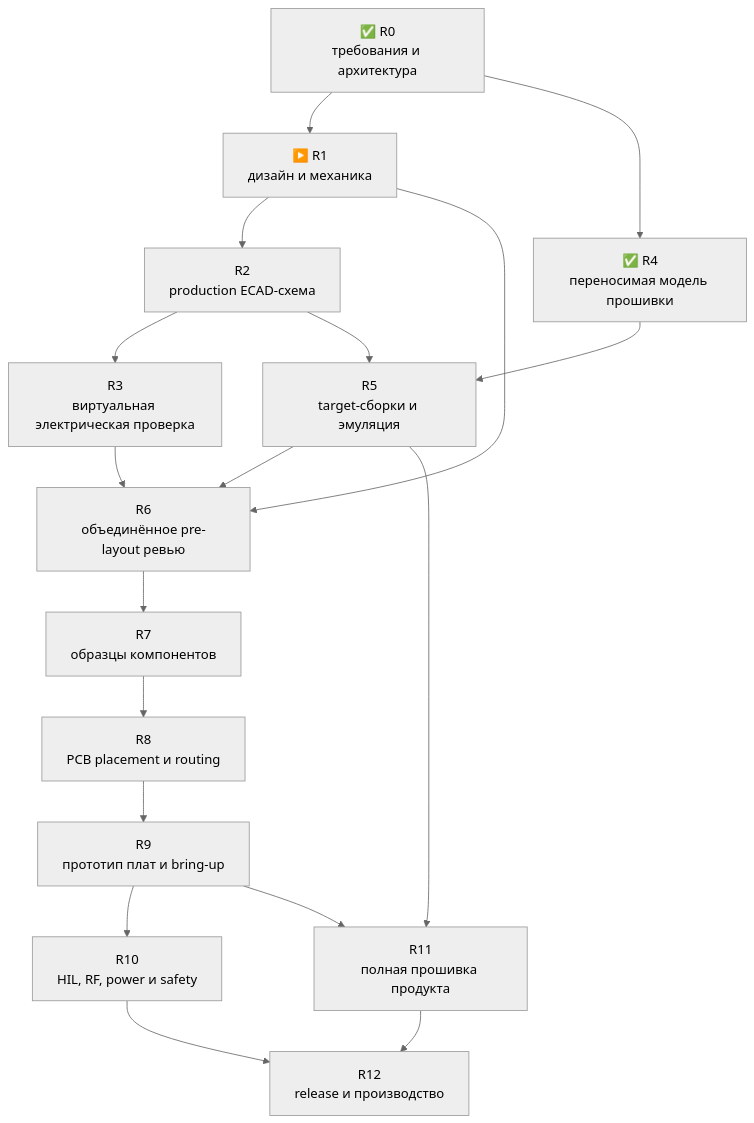
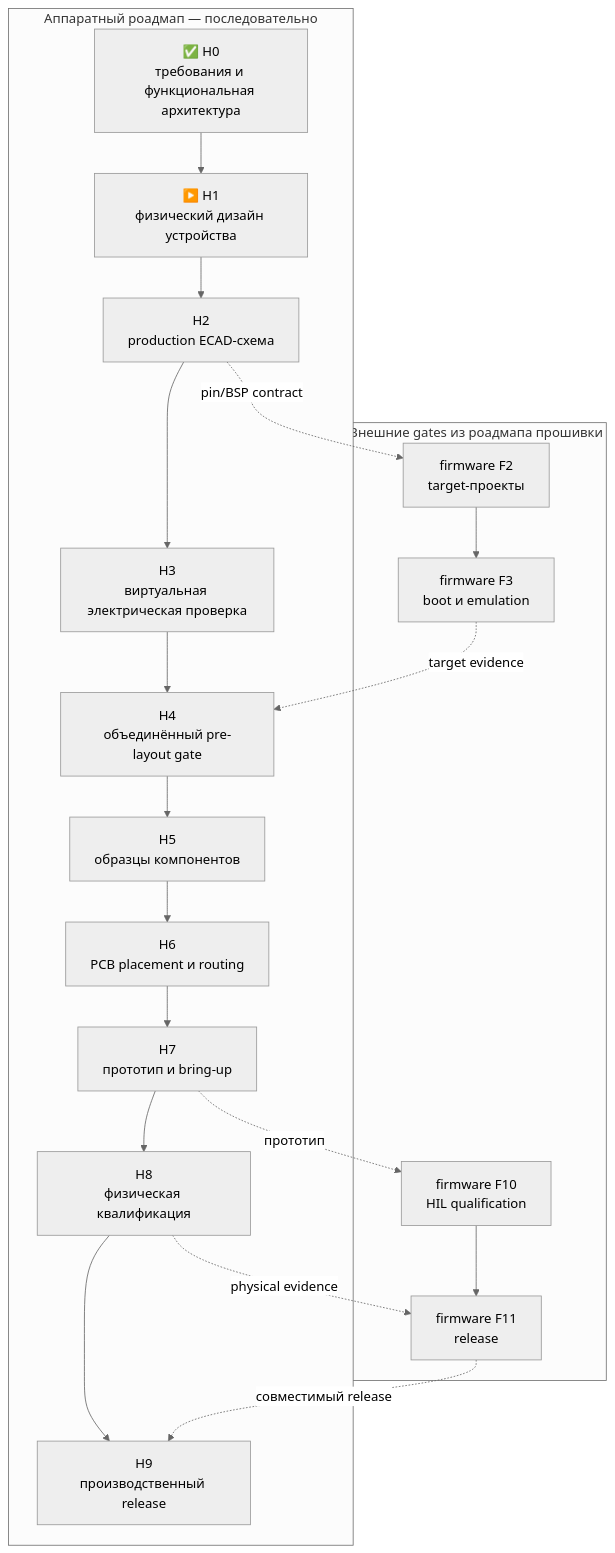
The diagram in docs/roadmap.ru.md (anton-vinogradov/esp32-leshy2), drawn with Mermaid (neutral theme) before and after one commit. The commit also changed other lines of this file and 4 other files, not shown here.

Commit message:
Make hardware roadmap strictly sequential

````diff
--- a/docs/roadmap.ru.md
+++ b/docs/roadmap.ru.md
@@ -44,24 +44,31 @@
 ```mermaid
 flowchart TD
-  R0["✅ R0<br/>требования и архитектура"]
-  R1["▶️ R1<br/>дизайн и механика"]
-  R2["R2<br/>production ECAD-схема"]
-  R3["R3<br/>виртуальная электрическая проверка"]
-  R4["✅ R4<br/>переносимая модель прошивки"]
-  R5["R5<br/>target-сборки и эмуляция"]
-  R6["R6<br/>объединённое pre-layout ревью"]
-  R7["R7<br/>образцы компонентов"]
-  R8["R8<br/>PCB placement и routing"]
-  R9["R9<br/>прототип плат и bring-up"]
-  R10["R10<br/>HIL, RF, power и safety"]
-  R11["R11<br/>полная прошивка продукта"]
-  R12["R12<br/>release и производство"]
+  subgraph HW["Аппаратный роадмап — последовательно"]
+    H0["✅ H0<br/>требования и функциональная архитектура"]
+    H1["▶️ H1<br/>физический дизайн устройства"]
+    H2["H2<br/>production ECAD-схема"]
+    H3["H3<br/>виртуальная электрическая проверка"]
+    H4["H4<br/>объединённый pre-layout gate"]
+    H5["H5<br/>образцы компонентов"]
+    H6["H6<br/>PCB placement и routing"]
+    H7["H7<br/>прототип и bring-up"]
+    H8["H8<br/>физическая квалификация"]
+    H9["H9<br/>производственный release"]
+    H0 --> H1 --> H2 --> H3 --> H4 --> H5 --> H6 --> H7 --> H8 --> H9
+  end
 
-  R0 --> R1 --> R2 --> R3 --> R6
-  R0 --> R4 --> R5 --> R6
-  R2 --> R5
-  R1 --> R6
-  R6 --> R7 --> R8 --> R9 --> R10 --> R12
-  R5 --> R11 --> R12
-  R9 --> R11
+  subgraph FW["Внешние gates из роадмапа прошивки"]
+    F2["firmware F2<br/>target-проекты"]
+    F3["firmware F3<br/>boot и emulation"]
+    F10["firmware F10<br/>HIL qualification"]
+    F11["firmware F11<br/>release"]
+    F2 --> F3
+    F10 --> F11
+  end
+
+  H2 -. "pin/BSP contract" .-> F2
+  F3 -. "target evidence" .-> H4
+  H7 -. "прототип" .-> F10
+  H8 -. "physical evidence" .-> F11
+  F11 -. "совместимый release" .-> H9
 ```
````
